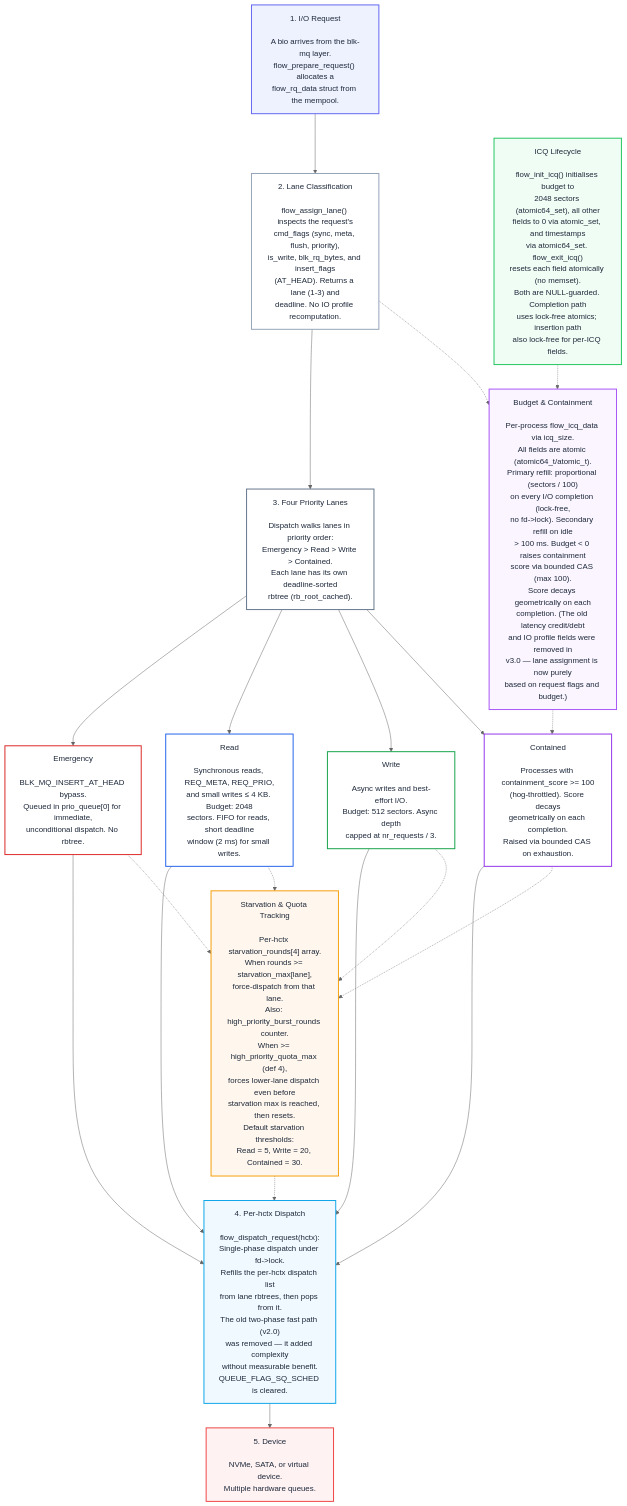
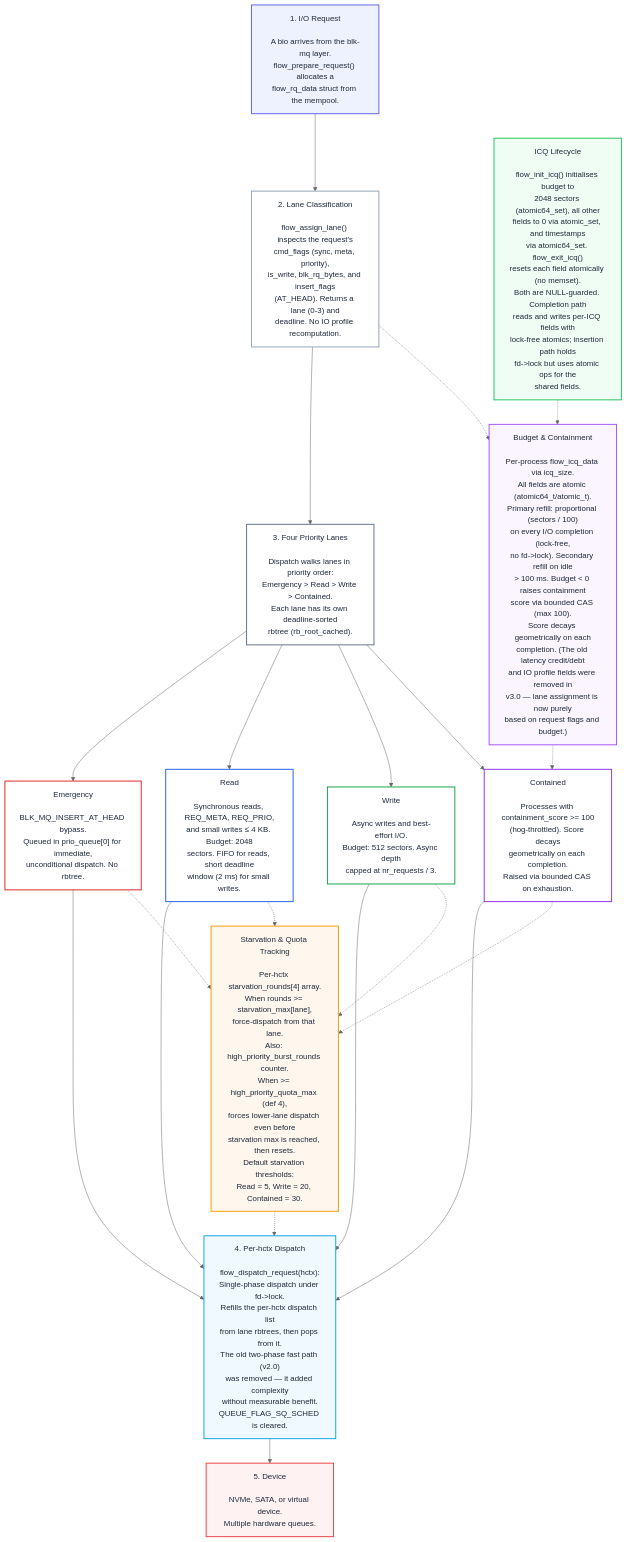
One commit to galpt/flow-iosched changed the diagram in README.md. Above: the diagram before and after it, drawn with Mermaid (neutral theme). The commit also changed other lines of this file, not shown here.

```diff
--- a/README.md
+++ b/README.md
@@ -39,9 +39,9 @@
     B1["2. Lane Classification
 
 flow_assign_lane() inspects the request's
-cmd_flags (sync, meta, flush, priority),
+cmd_flags (sync, meta, priority),
 is_write, blk_rq_bytes, and insert_flags
-(AT_HEAD). Returns a lane (1-3) and
+(AT_HEAD). Returns a lane (0-3) and
 deadline. No IO profile recomputation."]
 
     N3["3. Four Priority Lanes
@@ -128,8 +128,10 @@
 via atomic64_set. flow_exit_icq()
 resets each field atomically (no memset).
 Both are NULL-guarded. Completion path
-uses lock-free atomics; insertion path
-also lock-free for per-ICQ fields."]
+reads and writes per-ICQ fields with
+lock-free atomics; insertion path holds
+fd->lock but uses atomic ops for the
+shared fields."]
 
     A1 --> B1
     B1 --> N3
```
